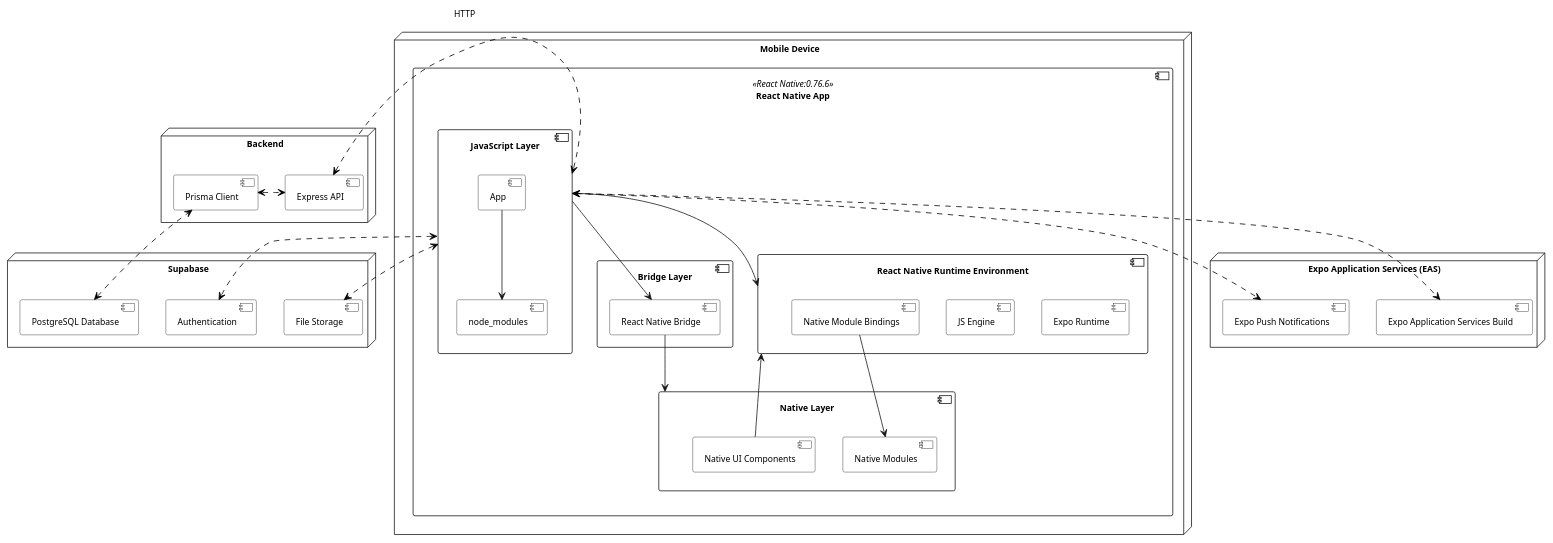
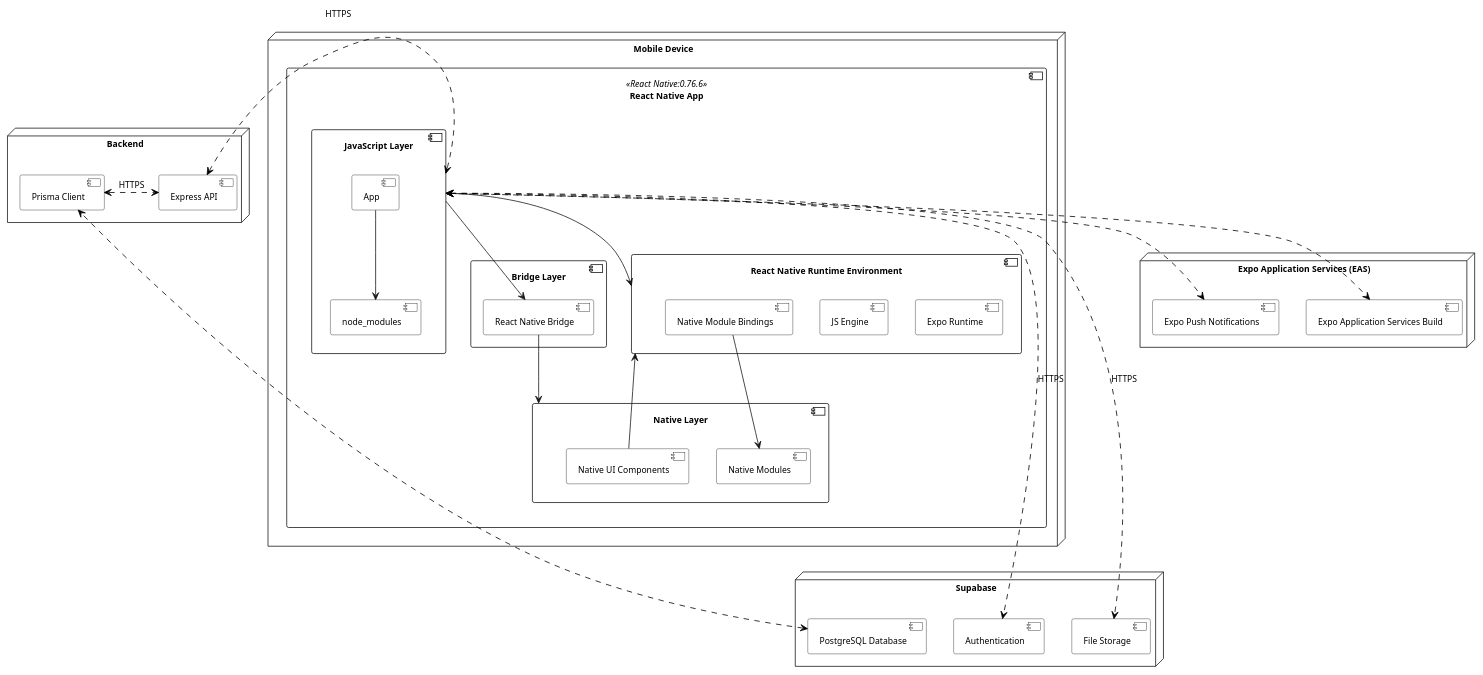
One commit to valeraruggierotesisucv/tesis-frameworks-mobile-diagrams changed the diagram in Diseño/React Native/ArchitectureDiagram.plantuml. Above: the diagram before and after it, drawn with PlantUML. The commit also changed 15 other files, not shown here.

Commit message:
fix de los diagramas

```diff
--- a/Diseño/React Native/ArchitectureDiagram.plantuml
+++ b/Diseño/React Native/ArchitectureDiagram.plantuml
@@ -1,64 +1,64 @@
 @startuml architecture_design
 skinparam ComponentBackgroundColor white
 skinparam defaultTextAlignment center
 skinparam defaultFontSize 11
 
 node "Mobile Device" as mobileDevice {
     component "React Native App" as reactNativeApp <<React Native:0.76.6>> {
          component "JavaScript Layer" as jsLayer {
             component "App" as app 
             component "node_modules" as nodeModules
         }
         
         component "Bridge Layer" as bridgeLayer {
             component "React Native Bridge" as bridge
         }
         
         component "Native Layer" as nativeLayer {
             component "Native Modules" as nativeModules
             component "Native UI Components" as nativeComponents
         }
 
          component "React Native Runtime Environment" as runtime {
             component "Expo Runtime" as expoRuntime 
             component "JS Engine" as jsEngine
             component "Native Module Bindings" as moduleBindings
         }
         
         ' Internal connections
         jsLayer --> bridge
         bridge --> nativeLayer
         jsLayer --> runtime
         app --> nodeModules
         moduleBindings --> nativeModules
         nativeComponents --> runtime
     }
 
 }
 
 node "Backend" as backend {
     component "Express API" as expressAPI
     component "Prisma Client" as prismaClient
 }
 
 node "Supabase" as supabase {
     component "Authentication" as auth
     component "File Storage" as fileStorage
     component "PostgreSQL Database" as postgresDB
 }
 
 node "Expo Application Services (EAS)" as expoServices {
     component "Expo Push Notifications" as expoPushNotifications
     component "Expo Application Services Build" as expoApplicationServicesBuild
 }
 
-jsLayer <..[#000000]l..> expressAPI : <font color=000000>HTTP</font>
+jsLayer <..[#000000]l..> expressAPI : <font color=000000>HTTPS</font>
 prismaClient <.[#000000]u.> postgresDB
-jsLayer <.[#000000]d.> fileStorage
-jsLayer <.[#000000]d.> auth
+jsLayer <..[#000000]d..> fileStorage : <font color=000000>HTTPS</font>
+jsLayer <..[#000000]d..> auth : <font color=000000>HTTPS</font>
 
-expressAPI <.[#000000]l.> prismaClient
+expressAPI <.[#000000]l.> prismaClient : <font color=000000>HTTPS</font>
 jsLayer <.[#000000]d.> expoPushNotifications
 jsLayer <.[#000000]d.> expoApplicationServicesBuild
 
 @enduml
```
